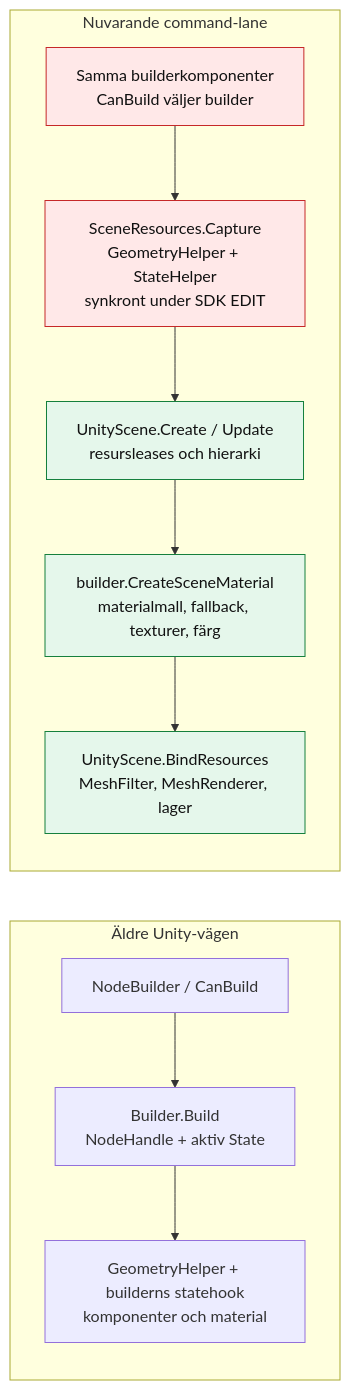
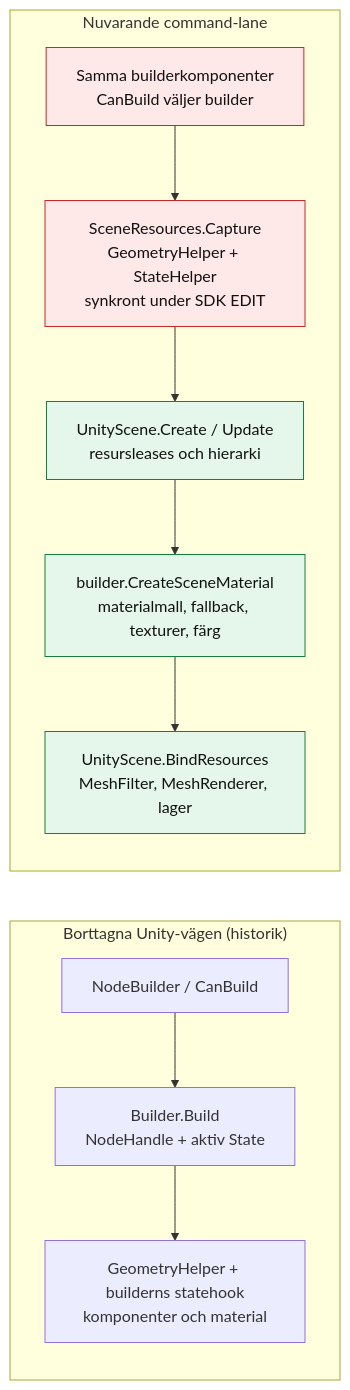
One commit to ToolTech/CSWUnity changed the sixth of 11 diagrams in docs/design/command-loop-and-locks.md. Above: the diagram before and after it, drawn with Mermaid. The commit also changed other lines of this file and 124 other files, not shown here.

````diff
--- a/docs/design/command-loop-and-locks.md
+++ b/docs/design/command-loop-and-locks.md
@@ -290,23 +308,23 @@
 ```mermaid
 flowchart LR
-    subgraph OLD["Äldre Unity-vägen"]
+    subgraph OLD["Borttagna Unity-vägen (historik)"]
         direction TB
         O0["NodeBuilder / CanBuild"]
         O1["Builder.Build<br/>NodeHandle + aktiv State"]
         O2["GeometryHelper + builderns statehook<br/>komponenter och material"]
         O0 --> O1 --> O2
     end
     subgraph CURRENT["Nuvarande command-lane"]
         direction TB
         C0["Samma builderkomponenter<br/>CanBuild väljer builder"]
         C1["SceneResources.Capture<br/>GeometryHelper + StateHelper<br/>synkront under SDK EDIT"]
         C2["UnityScene.Create / Update<br/>resursleases och hierarki"]
         C3["builder.CreateSceneMaterial<br/>materialmall, fallback, texturer, färg"]
         C4["UnityScene.BindResources<br/>MeshFilter, MeshRenderer, lager"]
         C0 --> C1 --> C2 --> C3 --> C4
     end
     classDef edit fill:#ffe8e8,stroke:#c62828,color:#111;
     classDef publish fill:#e5f7eb,stroke:#15803d,color:#111;
     class C0,C1 edit;
     class C2,C3,C4 publish;
 ```
````
